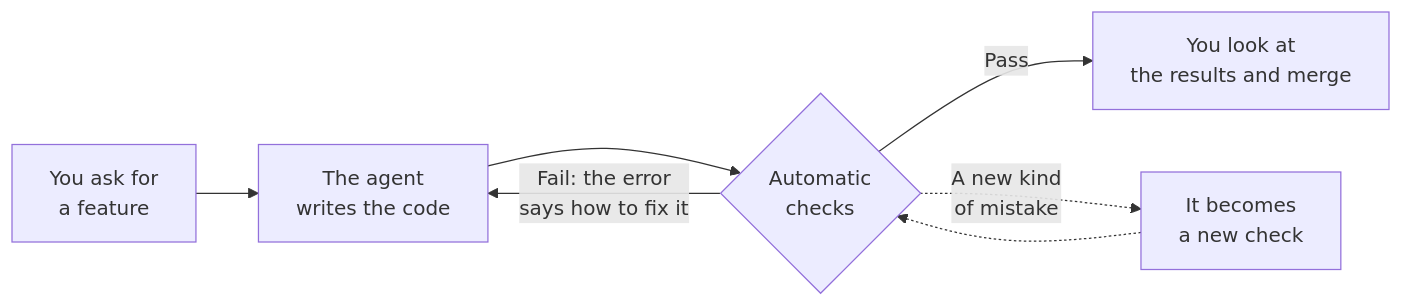
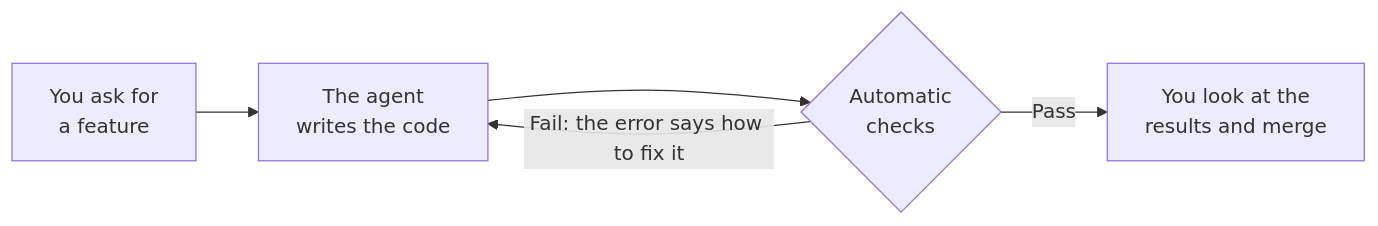
The diagram in README.md (Tim-rppl/trust-pyramid), drawn with Mermaid before and after one commit. The commit also changed other lines of this file and 1 other file, not shown here.

Commit message:
README: one-line flowchart that fits GitHub's diagram frame

````diff
--- a/README.md
+++ b/README.md
@@ -119,9 +119,7 @@
 ```mermaid
 flowchart LR
     A["You ask for<br/>a feature"] --> B["The agent<br/>writes the code"]
     B --> C{"Automatic<br/>checks"}
-    C -- "Fail: the error<br/>says how to fix it" --> B
-    C -- "Pass" --> D["You look at<br/>the results and merge"]
-    C -. "A new kind<br/>of mistake" .-> E["It becomes<br/>a new check"]
-    E -.-> C
+    C -- "Fail: the error says how to fix it" --> B
+    C -- "Pass" --> D["You look at the<br/>results and merge"]
 ```
````
